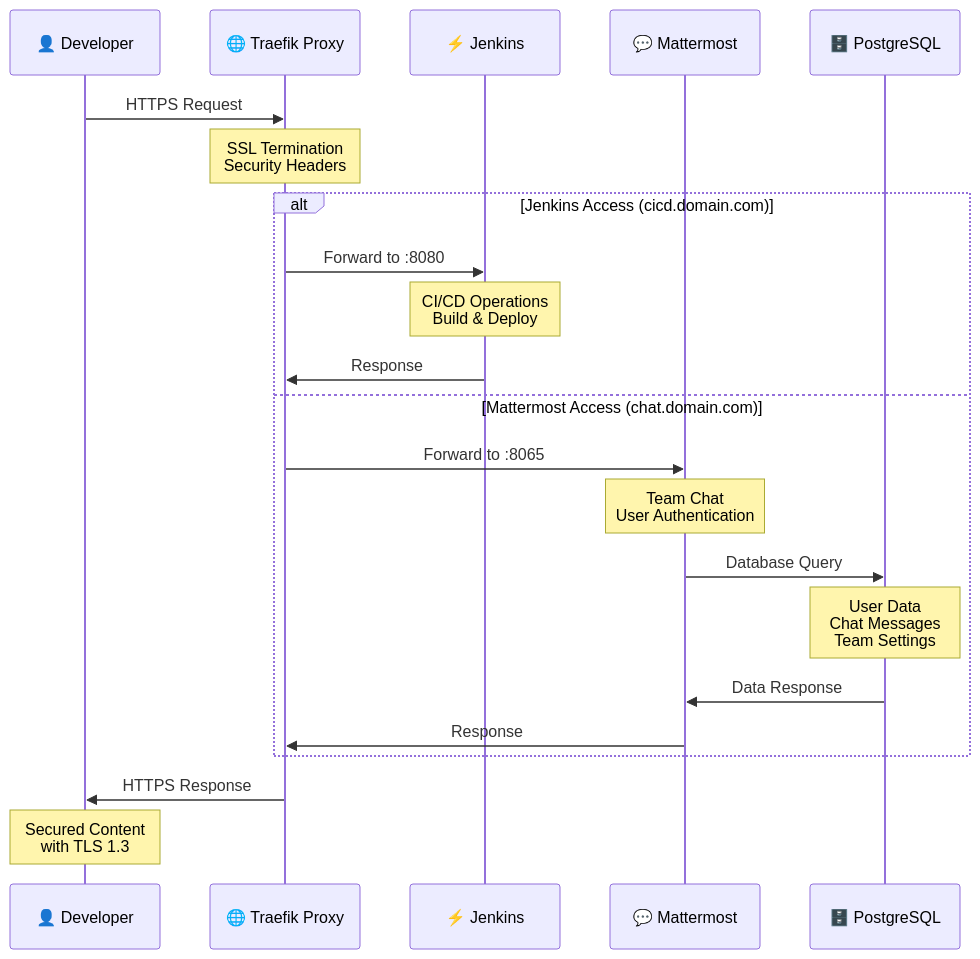
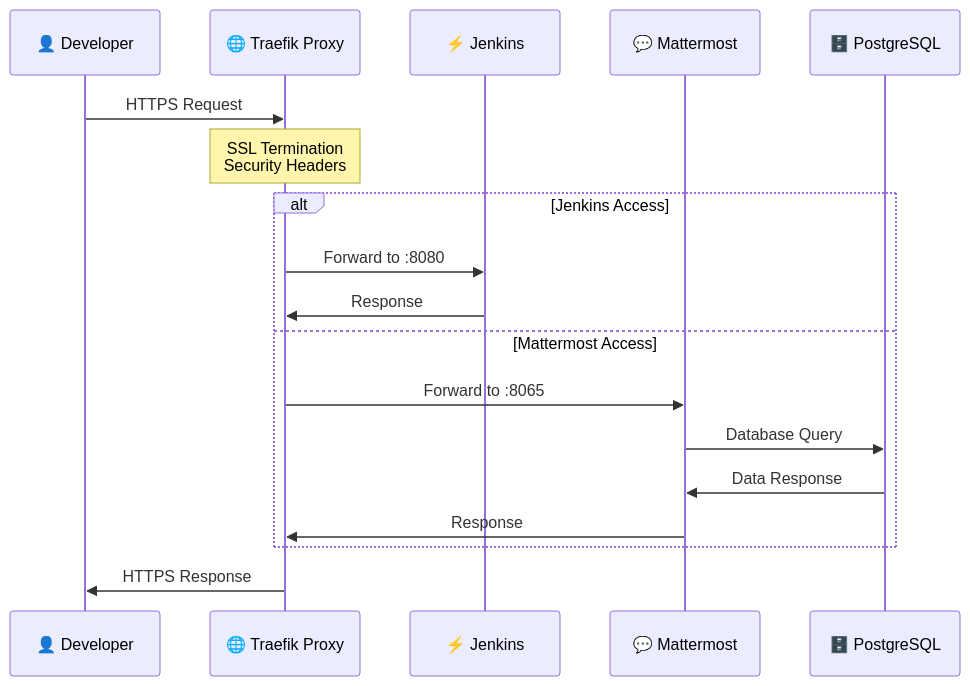
The third of 5 diagrams in README.md (bayuirsad26/ansible-thesis), drawn with Mermaid before and after one commit. The commit also changed other lines of this file and 6 other files, not shown here.

````diff
--- a/README.md
+++ b/README.md
@@ -148,27 +92,23 @@
 ```mermaid
 sequenceDiagram
-    participant Dev as 👤 Developer
+    participant User as 👤 Developer
     participant Traefik as 🌐 Traefik Proxy
     participant Jenkins as ⚡ Jenkins
     participant Mattermost as 💬 Mattermost
     participant DB as 🗄️ PostgreSQL
     
-    Dev->>Traefik: HTTPS Request
+    User->>Traefik: HTTPS Request
     Note over Traefik: SSL Termination<br/>Security Headers
     
-    alt Jenkins Access (cicd.domain.com)
+    alt Jenkins Access
         Traefik->>Jenkins: Forward to :8080
-        Note over Jenkins: CI/CD Operations<br/>Build & Deploy
         Jenkins->>Traefik: Response
-    else Mattermost Access (chat.domain.com)
+    else Mattermost Access
         Traefik->>Mattermost: Forward to :8065
-        Note over Mattermost: Team Chat<br/>User Authentication
         Mattermost->>DB: Database Query
-        Note over DB: User Data<br/>Chat Messages<br/>Team Settings
         DB->>Mattermost: Data Response
         Mattermost->>Traefik: Response
     end
     
-    Traefik->>Dev: HTTPS Response
-    Note over Dev: Secured Content<br/>with TLS 1.3
+    Traefik->>User: HTTPS Response
 ```
````
